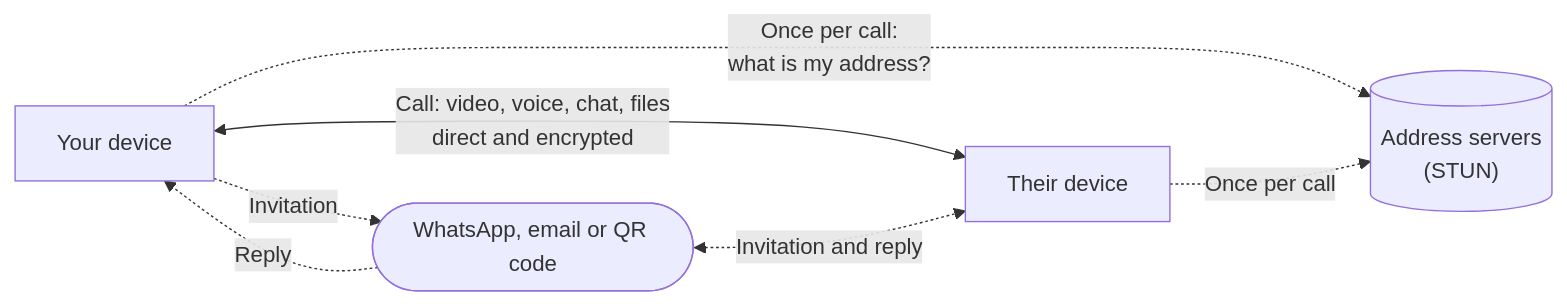
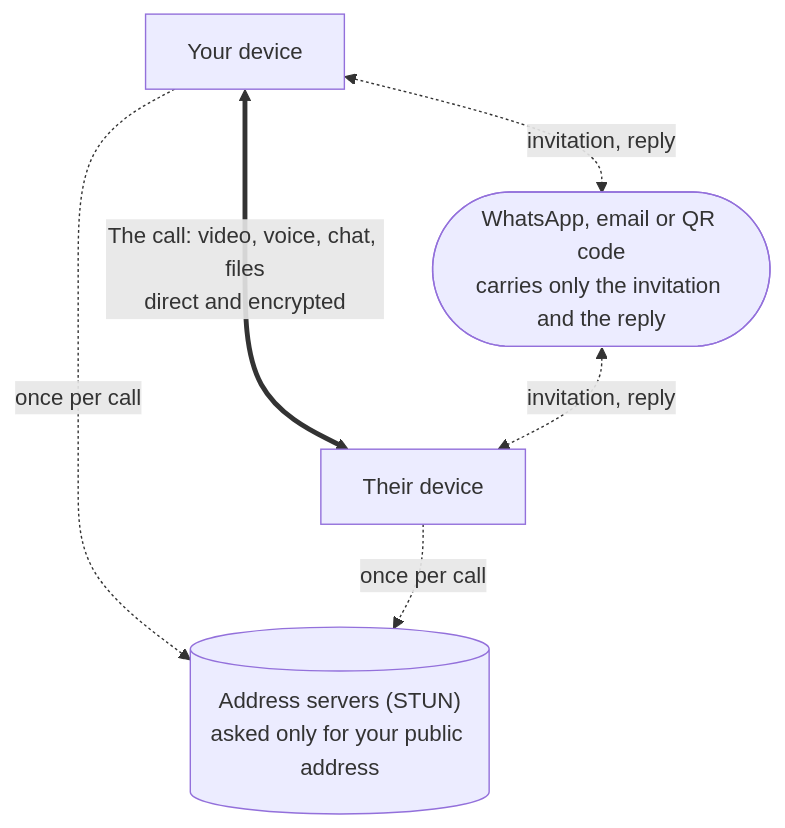
Before and after one commit to melihercan/DirectCallMe-Community: the second of 2 diagrams in wiki/Getting-Started.md, drawn with Mermaid.

Commit message:
Getting started: clearer diagram of what travels where

````diff
--- a/wiki/Getting-Started.md
+++ b/wiki/Getting-Started.md
@@ -38,9 +38,9 @@
 ```mermaid
-flowchart LR
-    A["Your device"] <-->|"Call: video, voice, chat, files<br/>direct and encrypted"| B["Their device"]
-    A -. "Invitation" .-> M(["WhatsApp, email or QR code"])
-    M -. "Reply" .-> A
-    M <-. "Invitation and reply" .-> B
-    A -. "Once per call:<br/>what is my address?" .-> S[("Address servers<br/>(STUN)")]
-    B -. "Once per call" .-> S
+flowchart TB
+    M(["WhatsApp, email or QR code<br/>carries only the invitation and the reply"])
+    A["Your device"] <==>|"The call: video, voice, chat, files<br/>direct and encrypted"| B["Their device"]
+    A <-. "invitation, reply" .-> M
+    M <-. "invitation, reply" .-> B
+    A -. "once per call" .-> S[("Address servers (STUN)<br/>asked only for your public address")]
+    B -. "once per call" .-> S
 ```
````
